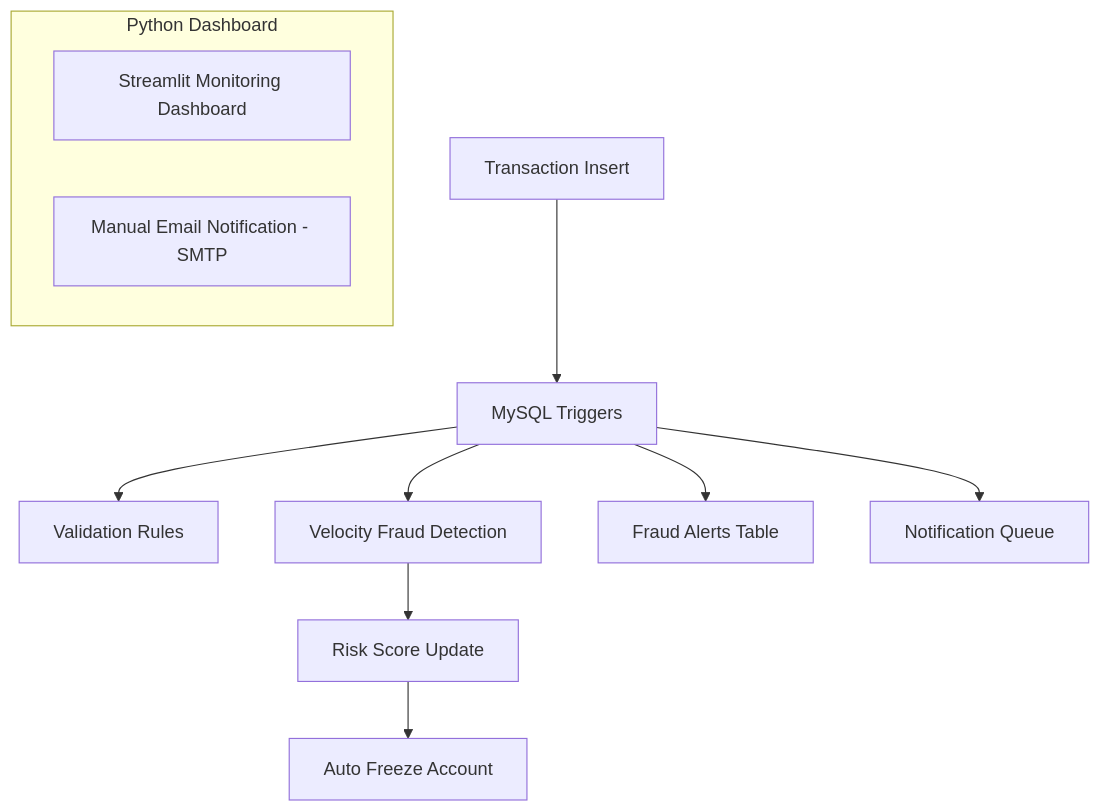
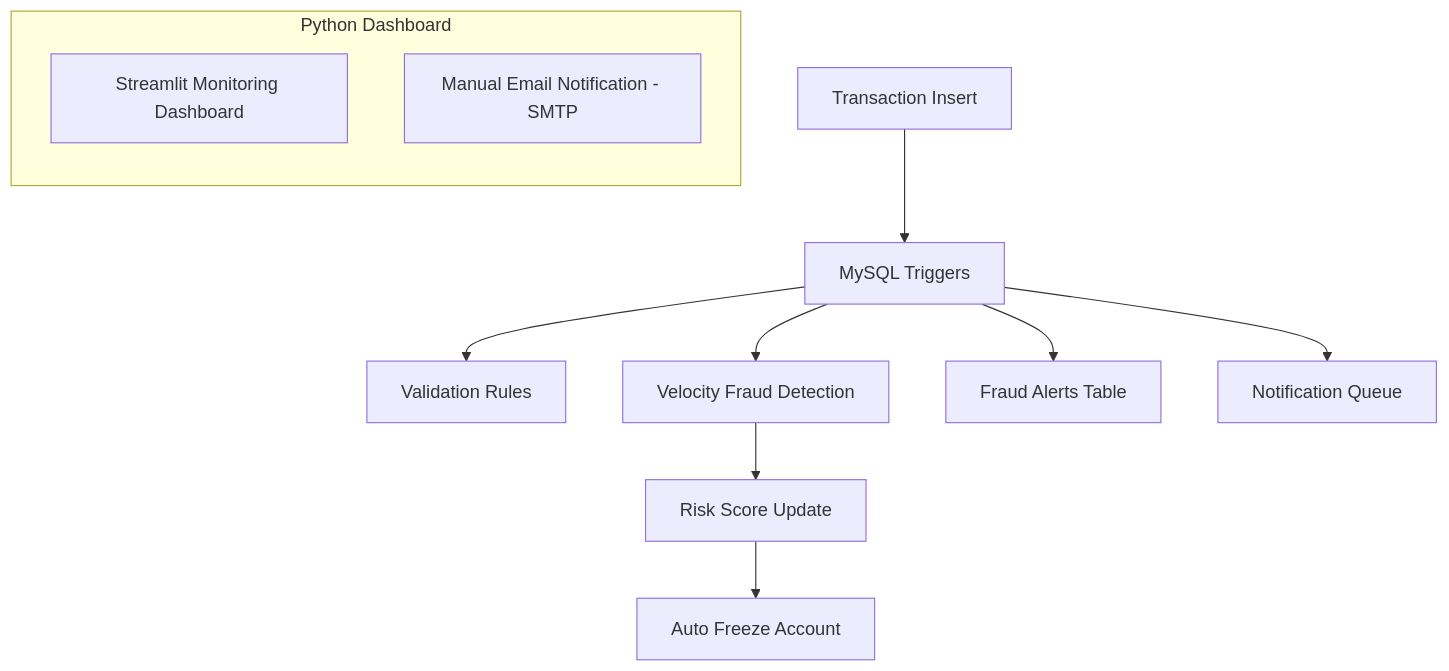
Before and after one commit to kishorem1206/Database-Driven-Fraud-Detection-System: the diagram in README.md, drawn with Mermaid.

Commit message:
Modified System architecture

````diff
--- a/README.md
+++ b/README.md
@@ -35,22 +35,23 @@
 ```mermaid
 flowchart TD
 
     %% Core Database Layer
     A[Transaction Insert] --> B[MySQL Triggers]
 
     B --> C[Validation Rules]
     B --> D[Velocity Fraud Detection]
     B --> E[Fraud Alerts Table]
     B --> F[Notification Queue]
     D --> G[Risk Score Update]
     G --> H[Auto Freeze Account]
 
     %% -------------------------
     %% Python Layer (Independent)
     %% -------------------------
     subgraph Python_Consumers["Python Dashboard"]
+        direction TB
         I[Streamlit Monitoring Dashboard]
         J[Manual Email Notification - SMTP]
     end
 
 ```
````
